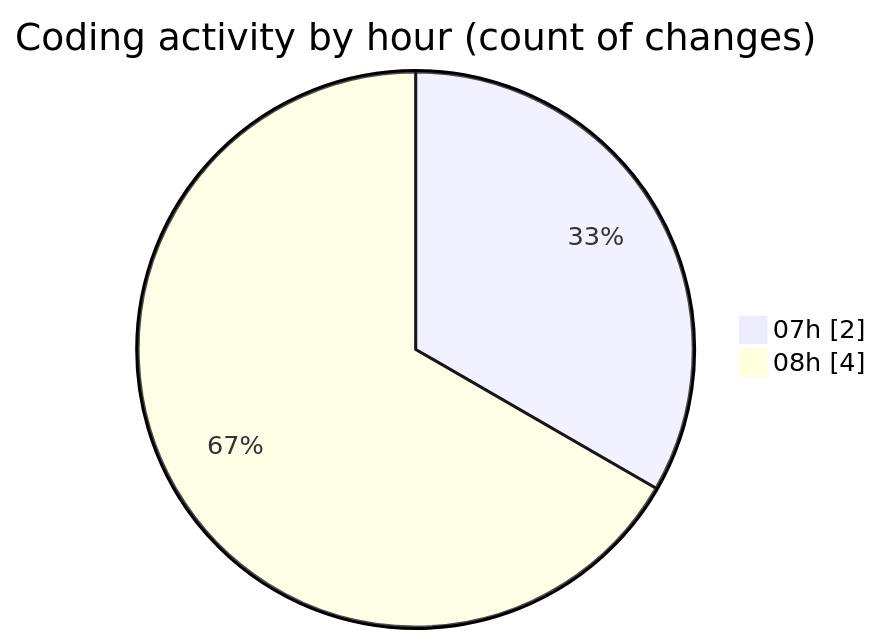
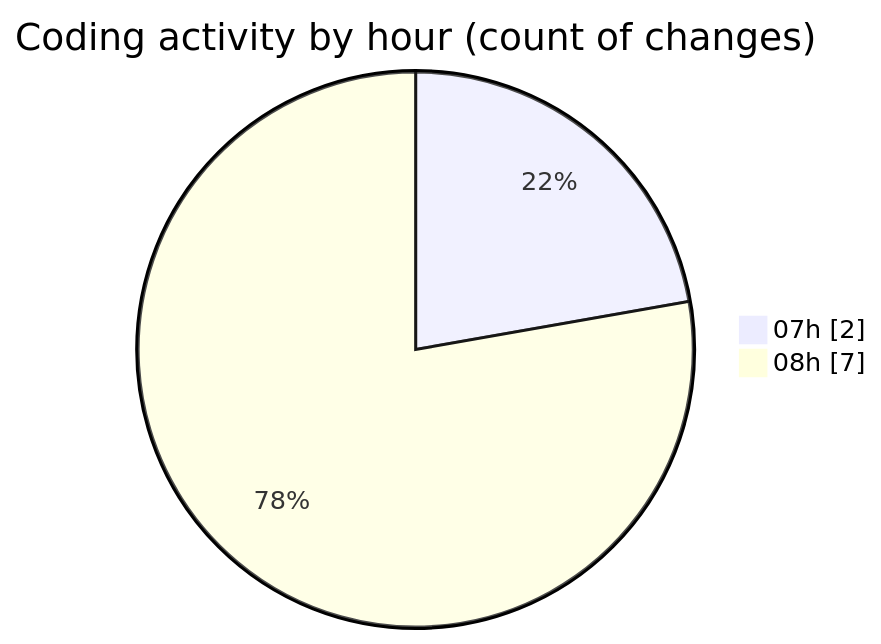
Before and after one commit to LanceThiago/code-tracking: the second of 2 diagrams in 2025-01-09/nueva_carpeta/README.md, drawn with Mermaid. The commit also changed other lines of this file and 1 other file, not shown here.

````diff
--- a/2025-01-09/nueva_carpeta/README.md
+++ b/2025-01-09/nueva_carpeta/README.md
@@ -28,6 +28,6 @@
 ```mermaid
 pie showData
 title Coding activity by hour (count of changes)
 "07h" : 2
-"08h" : 4
+"08h" : 7
 ```
````
